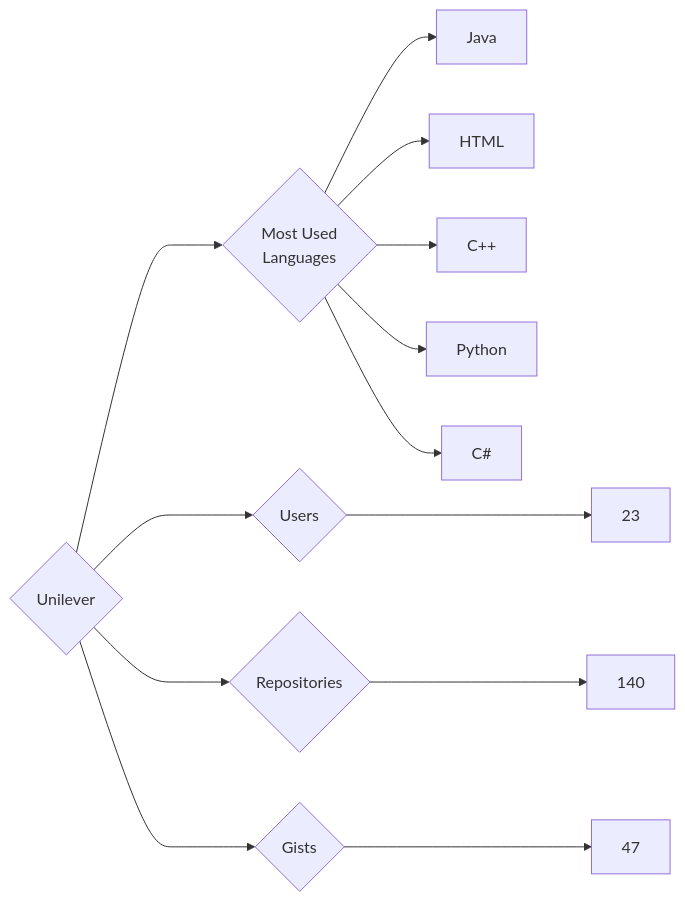
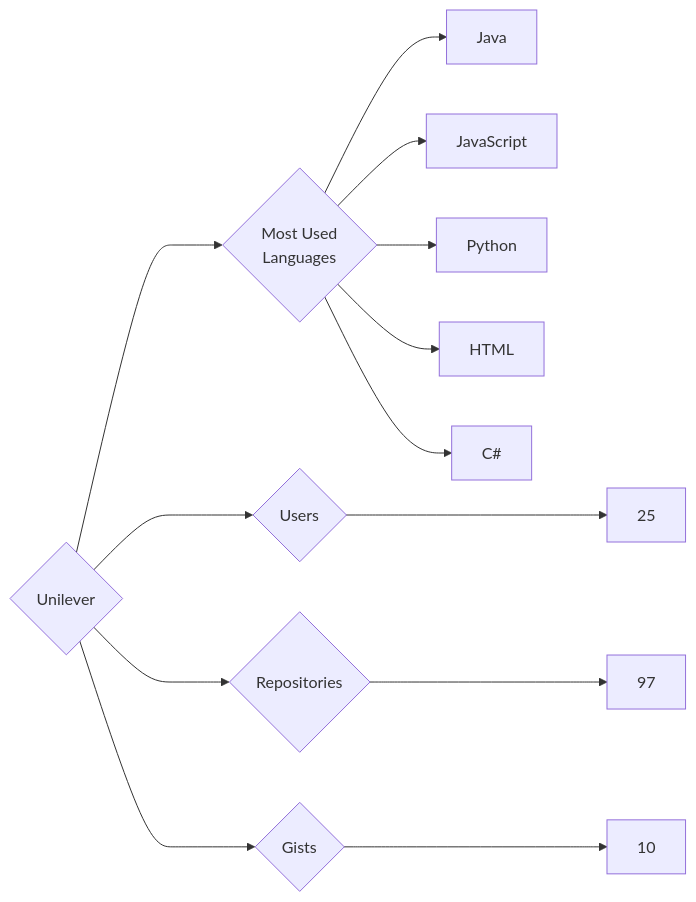
One commit to trickest/insiders changed the diagram in targets/Unilever/README.md. Above: the diagram before and after it, drawn with Mermaid. The commit also changed 912 other files, not shown here.

````diff
--- a/targets/Unilever/README.md
+++ b/targets/Unilever/README.md
@@ -3,13 +3,13 @@
 ```mermaid
 graph LR
 COMPANY_NAME{Unilever}
-COMPANY_NAME ---> U{Users} ---> UN[23]
-COMPANY_NAME ---> R{Repositories} ---> RN[140]
-COMPANY_NAME ---> G{Gists} ---> GN[47]
+COMPANY_NAME ---> U{Users} ---> UN[25]
+COMPANY_NAME ---> R{Repositories} ---> RN[97]
+COMPANY_NAME ---> G{Gists} ---> GN[10]
 COMPANY_NAME ---> ML{Most Used<br>Languages}
 ML --> Java[Java]
+ML --> JavaScript[JavaScript]
+ML --> Python[Python]
 ML --> HTML[HTML]
-ML --> C++[C++]
-ML --> Python[Python]
 ML --> C#[C#]
 ```
````
